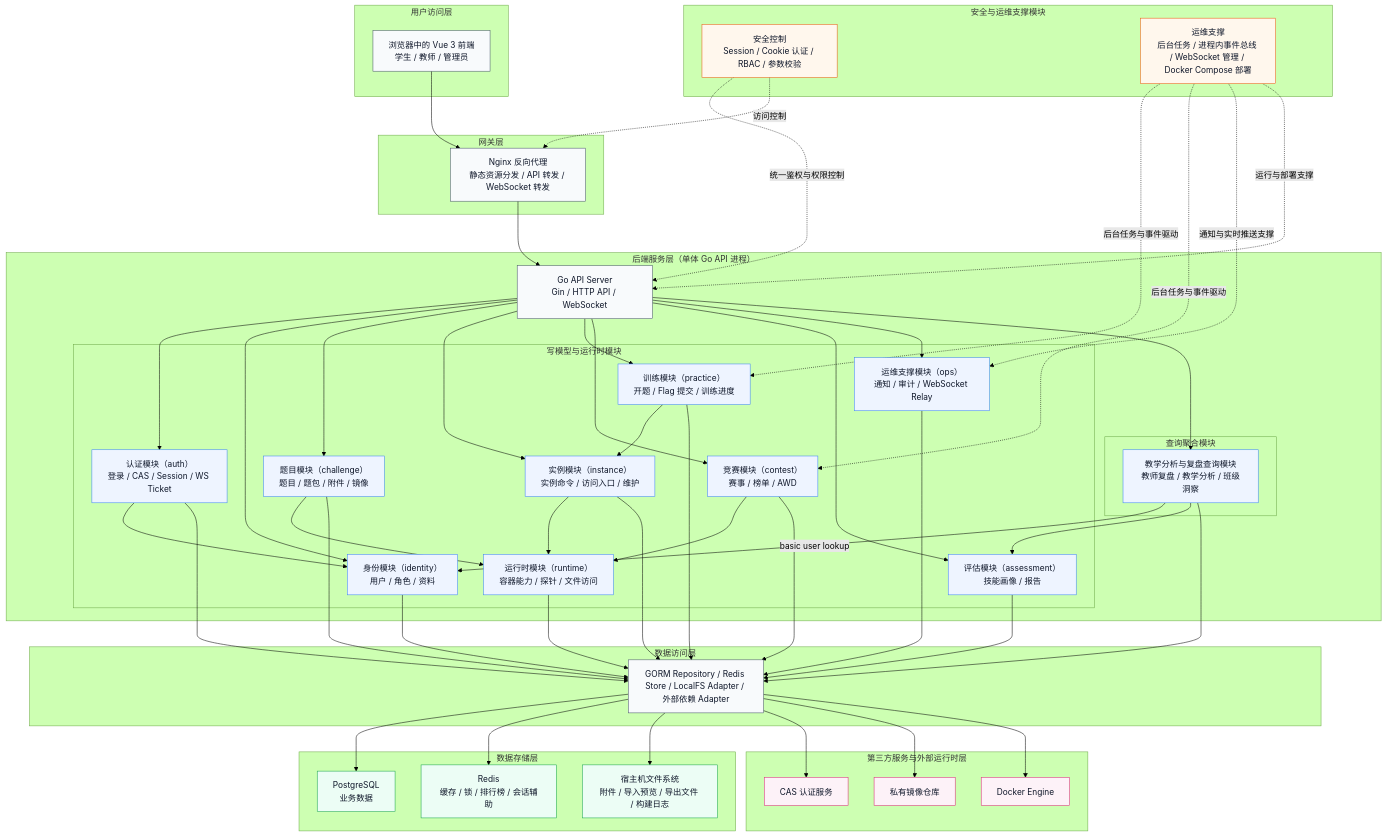
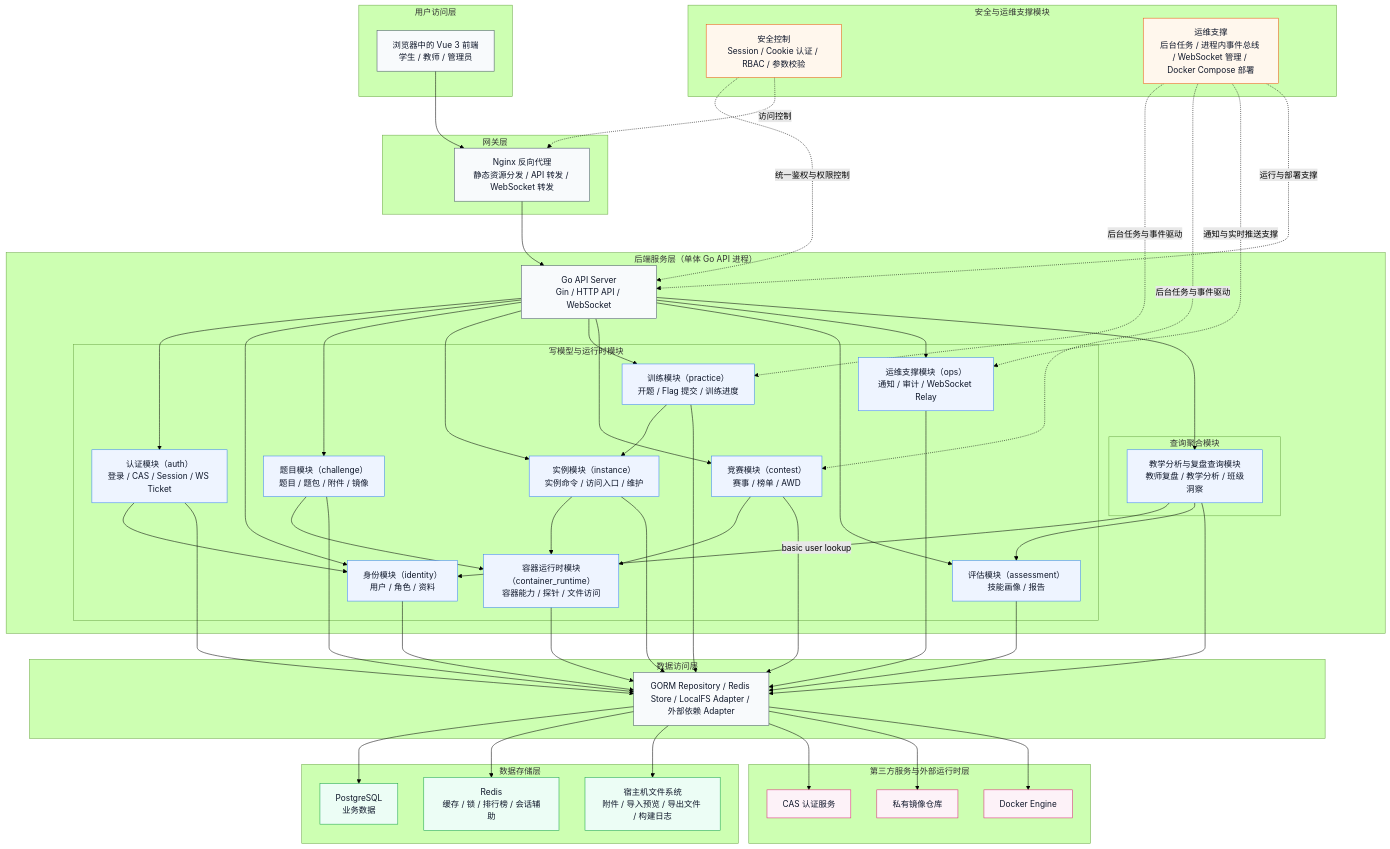
The first of 4 diagrams in docs/architecture/backend/07-modular-monolith-refactor.md (architectcgz/ctf), drawn with Mermaid (forest theme) before and after one commit. The commit also changed other lines of this file and 23 other files, not shown here.

First line of the commit message:
refactor(backend): 收口 instance contest 反向依赖

```diff
--- a/docs/architecture/backend/07-modular-monolith-refactor.md
+++ b/docs/architecture/backend/07-modular-monolith-refactor.md
@@ -188,7 +188,7 @@
             Contest["竞赛模块（contest）<br/>赛事 / 榜单 / AWD"]
             Assessment["评估模块（assessment）<br/>技能画像 / 报告"]
             OpsSvc["运维支撑模块（ops）<br/>通知 / 审计 / WebSocket Relay"]
-            Runtime["运行时模块（runtime）<br/>容器能力 / 探针 / 文件访问"]
+            ContainerRuntime["容器运行时模块（container_runtime）<br/>容器能力 / 探针 / 文件访问"]
         end
         subgraph QueryAggregation["查询聚合模块"]
             Teaching["教学分析与复盘查询模块<br/>教师复盘 / 教学分析 / 班级洞察"]
@@ -230,10 +230,10 @@
 
     Auth --> Identity
     Teaching -->|basic user lookup| Identity
-    Challenge --> Runtime
-    Instance --> Runtime
+    Challenge --> ContainerRuntime
+    Instance --> ContainerRuntime
     Practice --> Instance
-    Contest --> Runtime
+    Contest --> ContainerRuntime
     Teaching --> Assessment
 
     Auth --> Access
@@ -245,7 +245,7 @@
     Assessment --> Access
     OpsSvc --> Access
     Teaching --> Access
-    Runtime --> Access
+    ContainerRuntime --> Access
 
     Access --> PG
     Access --> Redis
@@ -262,7 +262,7 @@
     Support -.运行与部署支撑.-> API
 
     class Browser,Gateway,API,Access layer
-    class Auth,Identity,Challenge,Instance,Practice,Contest,Assessment,OpsSvc,Runtime,Teaching service
+    class Auth,Identity,Challenge,Instance,Practice,Contest,Assessment,OpsSvc,ContainerRuntime,Teaching service
     class PG,Redis,LocalFS store
     class CAS,Registry,Docker third
     class Security,Support support
```
